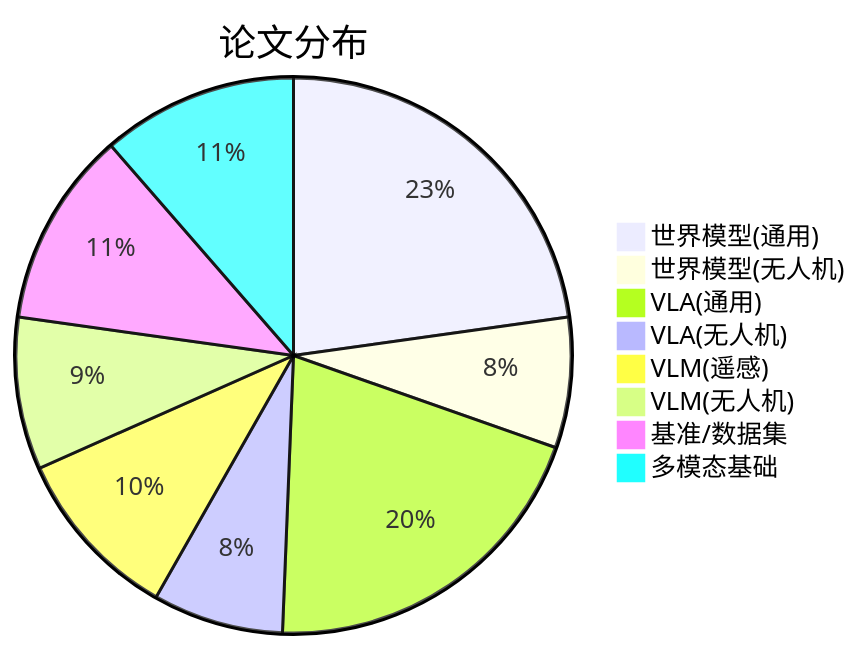
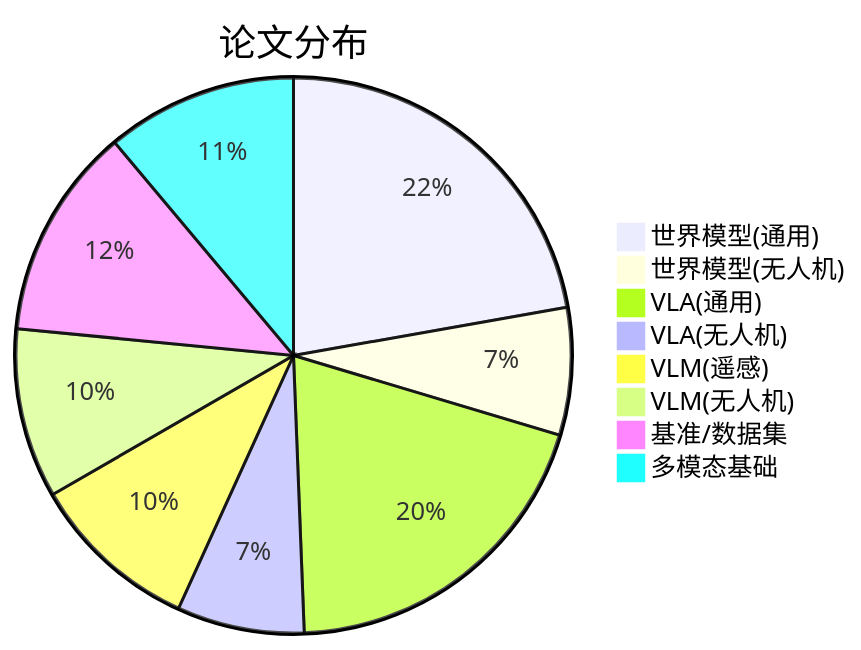
Before and after one commit to Qxy661/UAV-WM-VLA-Learning: the diagram in references/paper-list.md, drawn with Mermaid. The commit also changed other lines of this file and 13 other files, not shown here.

````diff
--- a/references/paper-list.md
+++ b/references/paper-list.md
@@ -183,11 +193,11 @@
 ```mermaid
 pie title 论文分布
     "世界模型(通用)" : 18
     "世界模型(无人机)" : 6
     "VLA(通用)" : 16
     "VLA(无人机)" : 6
     "VLM(遥感)" : 8
-    "VLM(无人机)" : 7
-    "基准/数据集" : 9
+    "VLM(无人机)" : 8
+    "基准/数据集" : 10
     "多模态基础" : 9
 ```
````
